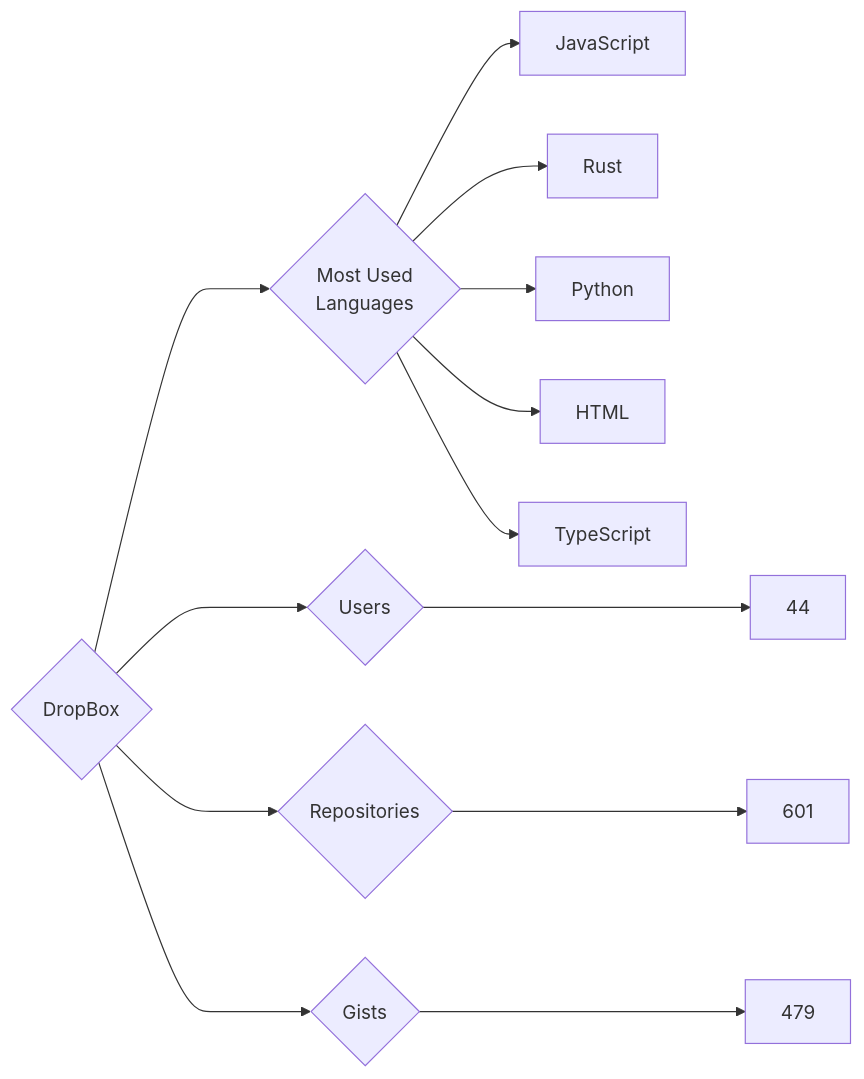
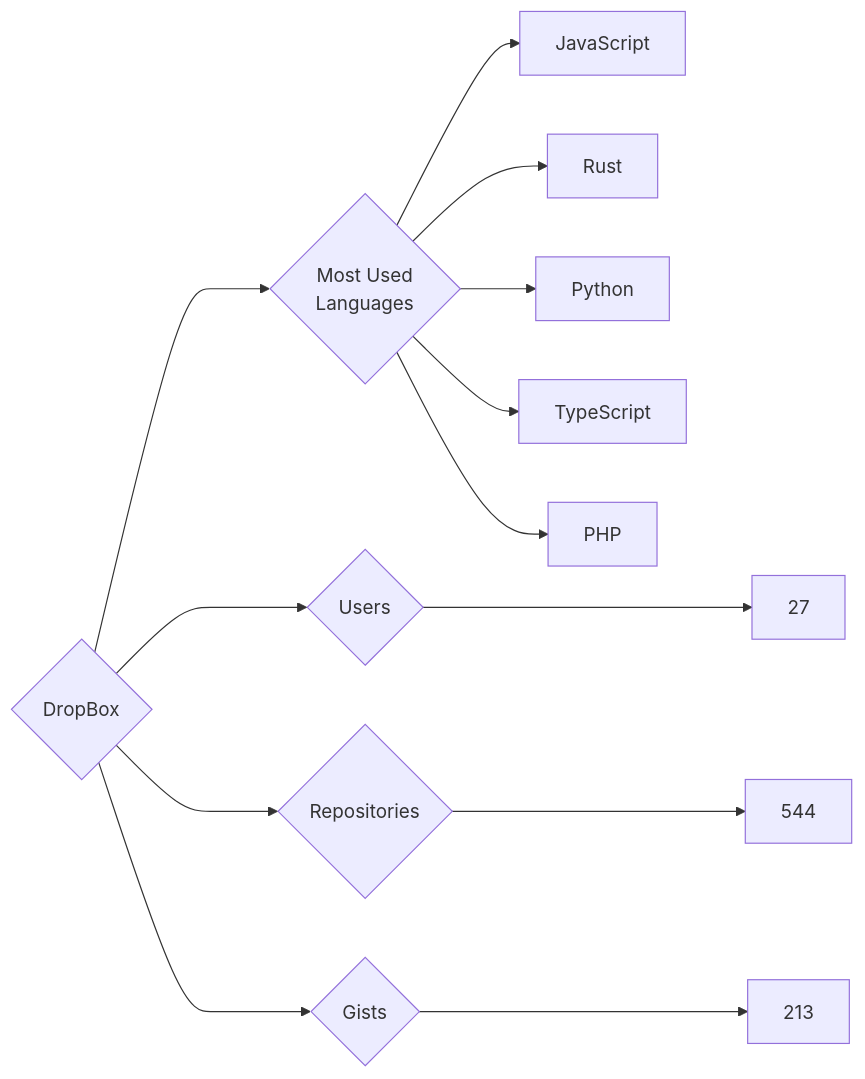
One commit to trickest/insiders changed the diagram in targets/DropBox/README.md. Above: the diagram before and after it, drawn with Mermaid. The commit also changed 932 other files, not shown here.

````diff
--- a/targets/DropBox/README.md
+++ b/targets/DropBox/README.md
@@ -3,13 +3,13 @@
 ```mermaid
 graph LR
 COMPANY_NAME{DropBox}
-COMPANY_NAME ---> U{Users} ---> UN[44]
-COMPANY_NAME ---> R{Repositories} ---> RN[601]
-COMPANY_NAME ---> G{Gists} ---> GN[479]
+COMPANY_NAME ---> U{Users} ---> UN[27]
+COMPANY_NAME ---> R{Repositories} ---> RN[544]
+COMPANY_NAME ---> G{Gists} ---> GN[213]
 COMPANY_NAME ---> ML{Most Used<br>Languages}
 ML --> JavaScript[JavaScript]
 ML --> Rust[Rust]
 ML --> Python[Python]
-ML --> HTML[HTML]
 ML --> TypeScript[TypeScript]
+ML --> PHP[PHP]
 ```
````
